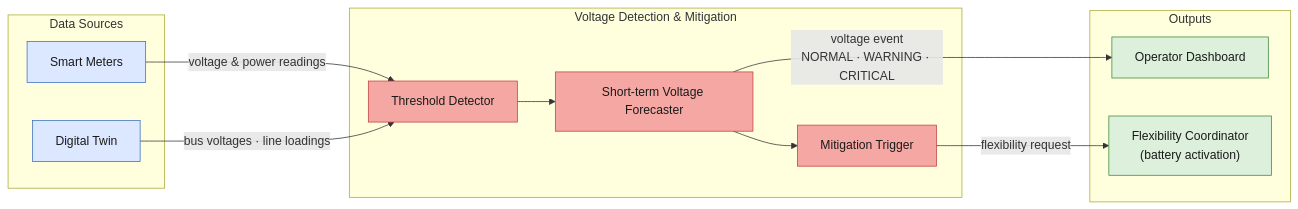
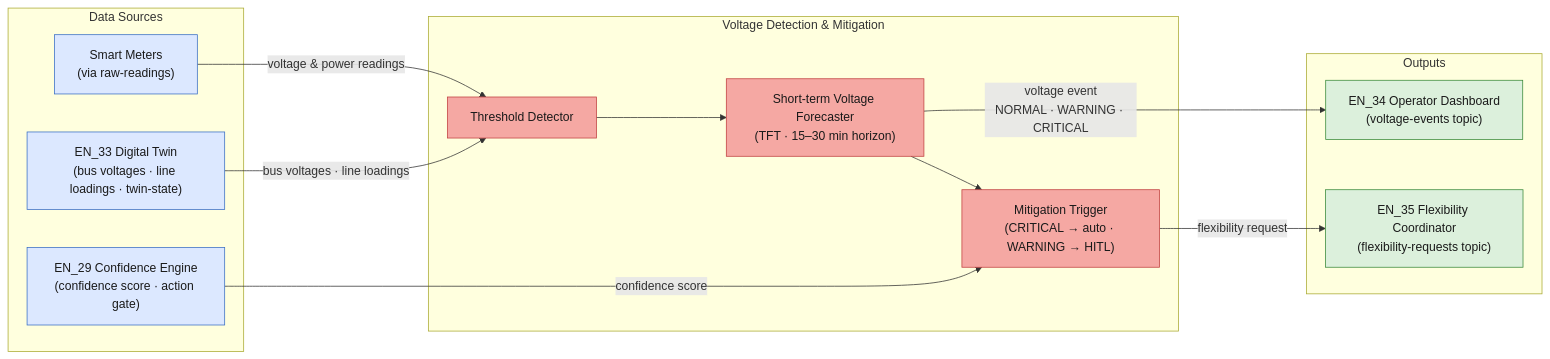
One commit to rafaeldpsilva/sa4cps-vault changed the fourth of 4 diagrams in Sa4CPS/D4.3 Designs of the technical enablers for status, projections and actions.md. Above: the diagram before and after it, drawn with Mermaid. The commit also changed other lines of this file, not shown here.

````diff
--- a/Sa4CPS/D4.3 Designs of the technical enablers for status, projections and actions.md
+++ b/Sa4CPS/D4.3 Designs of the technical enablers for status, projections and actions.md
@@ -218,33 +235,35 @@
 ```mermaid
 flowchart LR
 
     classDef src   fill:#dce8ff,stroke:#3a6fc4,color:#1a1a1a
     classDef proc  fill:#f5a8a3,stroke:#c04040,color:#1a1a1a
     classDef dst   fill:#dcf0dc,stroke:#3a8a3a,color:#1a1a1a
 
     subgraph SRC["Data Sources"]
-        HH["Smart Meters"]
-        DT["Digital Twin"]
+        HH["Smart Meters\n(via raw-readings)"]
+        DT["EN_33 Digital Twin\n(bus voltages · line loadings · twin-state)"]
+        CONF["EN_29 Confidence Engine\n(confidence score · action gate)"]
     end
 
     subgraph EN["Voltage Detection & Mitigation"]
         TD["Threshold Detector"]
-        STF["Short-term Voltage Forecaster"]
-        MT["Mitigation Trigger"]
+        STF["Short-term Voltage Forecaster\n(TFT · 15–30 min horizon)"]
+        MT["Mitigation Trigger\n(CRITICAL → auto · WARNING → HITL)"]
         TD --> STF --> MT
     end
 
     subgraph DST["Outputs"]
-        DASH["Operator Dashboard"]
-        FC["Flexibility Coordinator\n(battery activation)"]
+        DASH["EN_34 Operator Dashboard\n(voltage-events topic)"]
+        FC["EN_35 Flexibility Coordinator\n(flexibility-requests topic)"]
     end
 
-    HH  -->|voltage & power readings| TD
-    DT  -->|bus voltages · line loadings| TD
-    STF -->|voltage event\nNORMAL · WARNING · CRITICAL| DASH
-    MT  -->|flexibility request| FC
+    HH   -->|voltage & power readings| TD
+    DT   -->|bus voltages · line loadings| TD
+    CONF -->|confidence score| MT
+    STF  -->|voltage event\nNORMAL · WARNING · CRITICAL| DASH
+    MT   -->|flexibility request| FC
 
-    class HH,DT src
+    class HH,DT,CONF src
     class TD,STF,MT proc
     class DASH,FC dst
 ```
````
